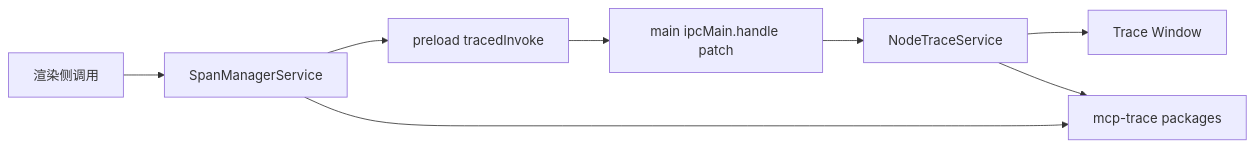
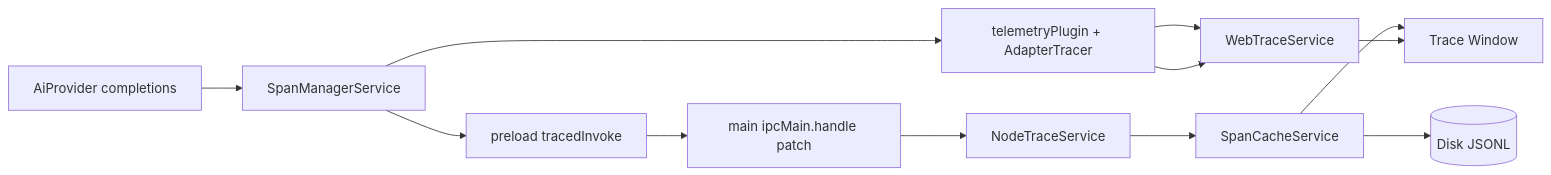
The diagram in docs/zh/architecture/07-AI核心与模型接入/09-可观测性与调试.md (Little-LittleProgrammer/cherry-studio), drawn with Mermaid before and after one commit. The commit also changed other lines of this file and 5 other files, not shown here.

````diff
--- a/docs/zh/architecture/07-AI核心与模型接入/09-可观测性与调试.md
+++ b/docs/zh/architecture/07-AI核心与模型接入/09-可观测性与调试.md
@@ -11,14 +12,19 @@
 ```mermaid
 flowchart LR
-  R1[渲染侧调用]
+  R1[AiProvider completions]
   R2[SpanManagerService]
+  R3[telemetryPlugin + AdapterTracer]
+  R4[WebTraceService]
   P1[preload tracedInvoke]
   M1[main ipcMain.handle patch]
   M2[NodeTraceService]
+  M3[SpanCacheService]
+  DISK[(Disk JSONL)]
   W[Trace Window]
-  T[mcp-trace packages]
 
-  R1 --> R2 --> P1 --> M1 --> M2 --> W
-  R2 --> T
-  M2 --> T
+  R1 --> R2 --> R3 --> R4
+  R2 --> P1 --> M1 --> M2 --> M3 --> DISK
+  R3 --> R4
+  M3 --> W
+  R4 --> W
 ```
````
